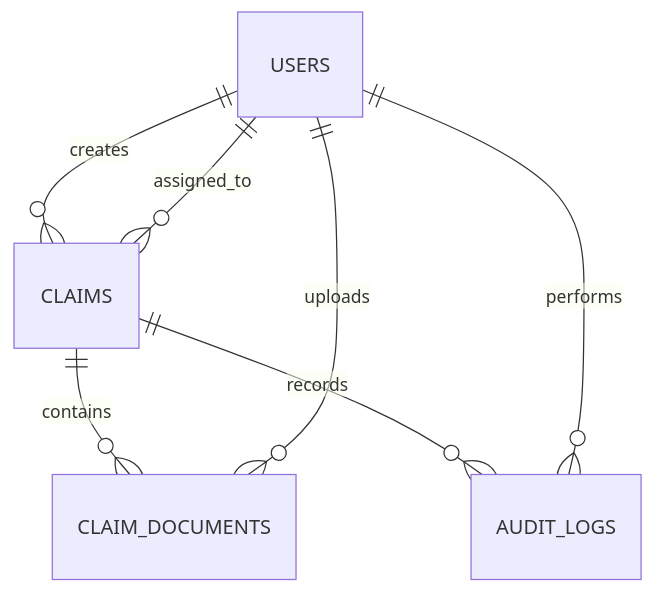
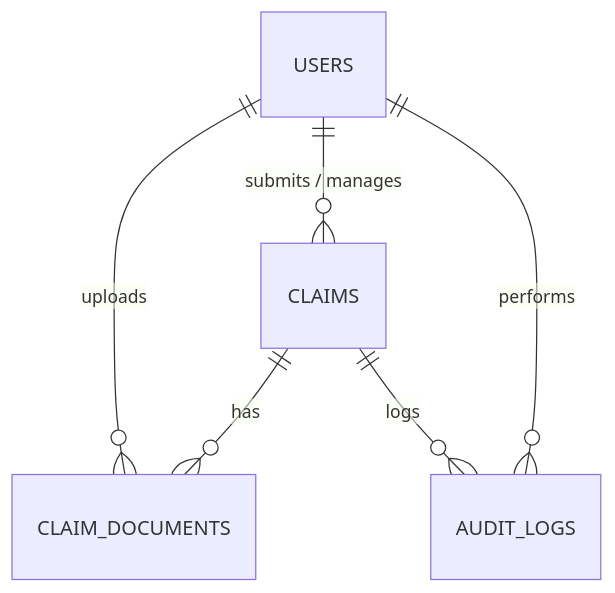
The second of 3 diagrams in README.md (KushDani23/ClaimFlow), drawn with Mermaid before and after one commit. The commit also changed other lines of this file and 52 other files, not shown here.

````diff
--- a/README.md
+++ b/README.md
@@ -29,9 +61,8 @@
 ```mermaid
 erDiagram
-    USERS ||--o{ CLAIMS : creates
-    USERS ||--o{ CLAIMS : assigned_to
-    CLAIMS ||--o{ CLAIM_DOCUMENTS : contains
-    USERS ||--o{ CLAIM_DOCUMENTS : uploads
-    CLAIMS ||--o{ AUDIT_LOGS : records
-    USERS ||--o{ AUDIT_LOGS : performs
+    USERS ||--o{ CLAIMS : "submits / manages"
+    USERS ||--o{ CLAIM_DOCUMENTS : "uploads"
+    CLAIMS ||--o{ CLAIM_DOCUMENTS : "has"
+    CLAIMS ||--o{ AUDIT_LOGS : "logs"
+    USERS ||--o{ AUDIT_LOGS : "performs"
 ```
````
